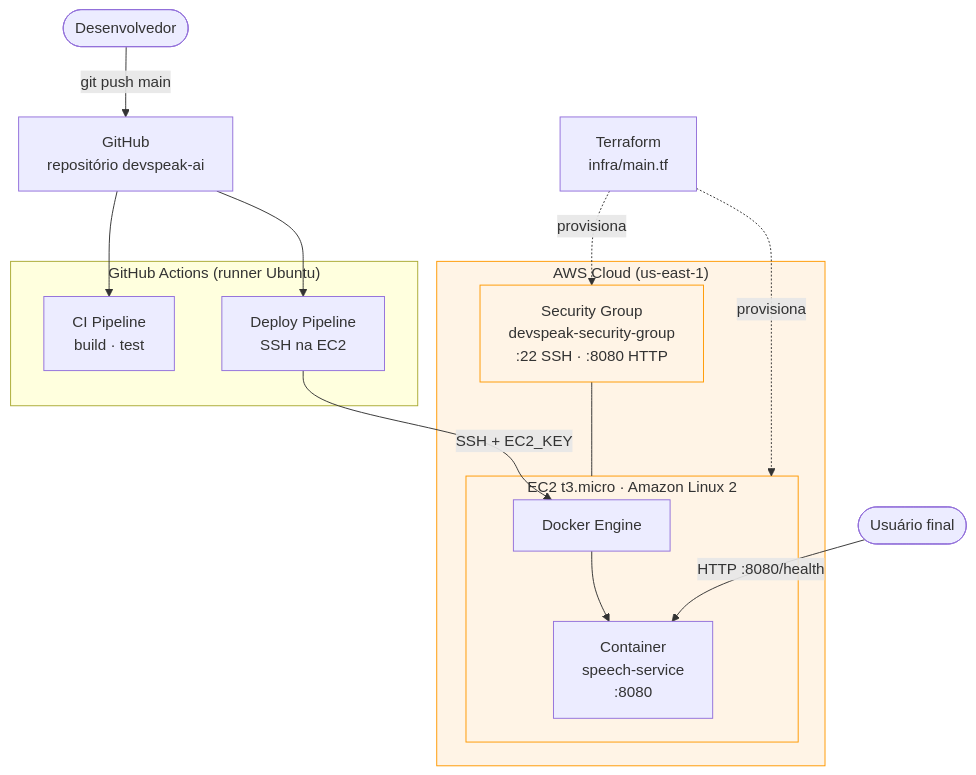
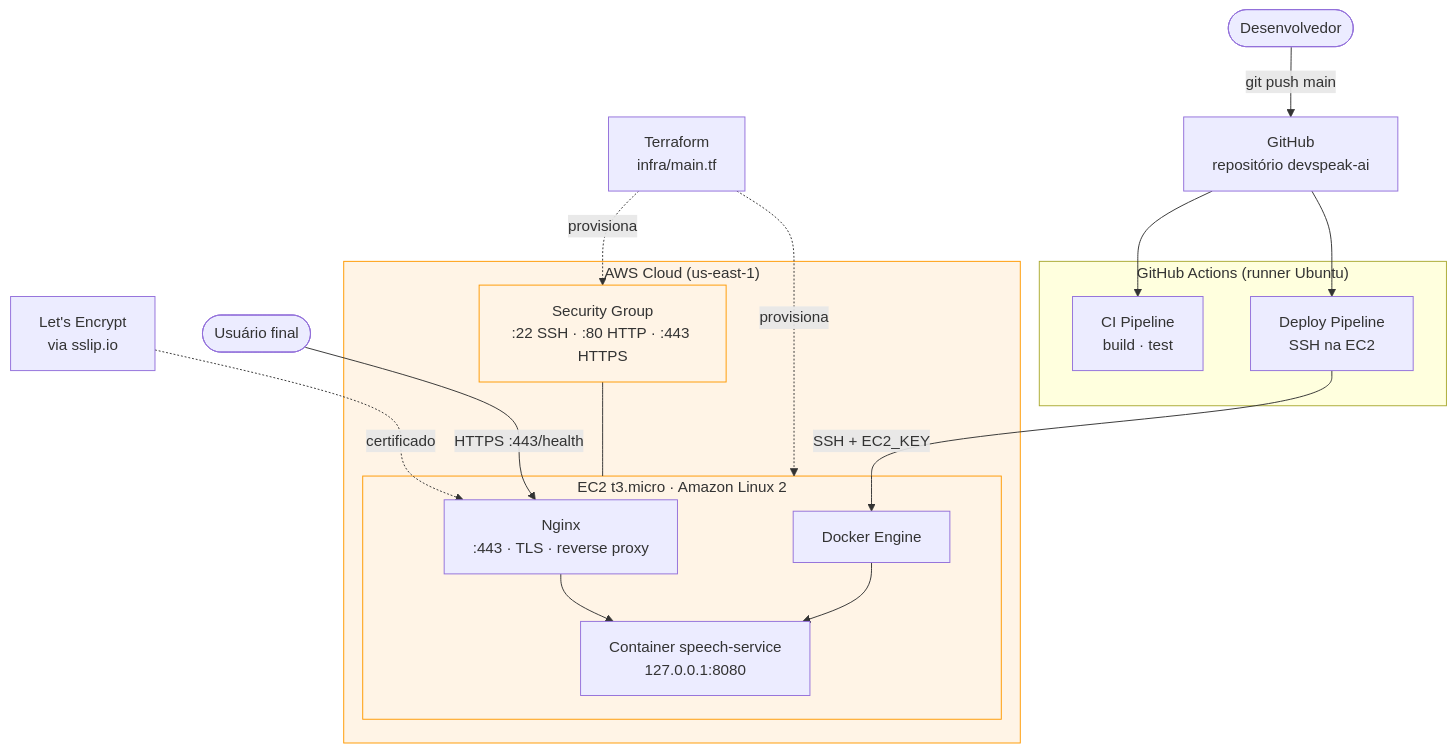
The second of 4 diagrams in docs/architecture.md (Dudainfinity/devspeak-ai), drawn with Mermaid before and after one commit. The commit also changed other lines of this file and 6 other files, not shown here.

First line of the commit message:
Add Nginx + Let's Encrypt HTTPS via sslip.io

````diff
--- a/docs/architecture.md
+++ b/docs/architecture.md
@@ -45,34 +45,38 @@
 ```mermaid
 graph TB
     Dev([Desenvolvedor])
     GH[GitHub<br/>repositório devspeak-ai]
 
     subgraph Actions["GitHub Actions (runner Ubuntu)"]
         CI[CI Pipeline<br/>build · test]
         CD[Deploy Pipeline<br/>SSH na EC2]
     end
 
     subgraph AWS["AWS Cloud (us-east-1)"]
-        SG[Security Group<br/>devspeak-security-group<br/>:22 SSH · :8080 HTTP]
+        SG[Security Group<br/>:22 SSH · :80 HTTP · :443 HTTPS]
         subgraph EC2["EC2 t3.micro · Amazon Linux 2"]
+            Nginx[Nginx<br/>:443 · TLS · reverse proxy]
             Docker[Docker Engine]
-            Container[Container<br/>speech-service<br/>:8080]
+            Container[Container speech-service<br/>127.0.0.1:8080]
+            Nginx --> Container
             Docker --> Container
         end
         SG --- EC2
     end
 
     TF[Terraform<br/>infra/main.tf]
+    LE[Let's Encrypt<br/>via sslip.io]
     EndUser([Usuário final])
 
     Dev -->|git push main| GH
     GH --> CI
     GH --> CD
     CD -->|SSH + EC2_KEY| Docker
     TF -.->|provisiona| EC2
     TF -.->|provisiona| SG
-    EndUser -->|HTTP :8080/health| Container
+    LE -.->|certificado| Nginx
+    EndUser -->|HTTPS :443/health| Nginx
 
     classDef cloud fill:#fff4e6,stroke:#ff9900
     class AWS,EC2,SG cloud
 ```
````
